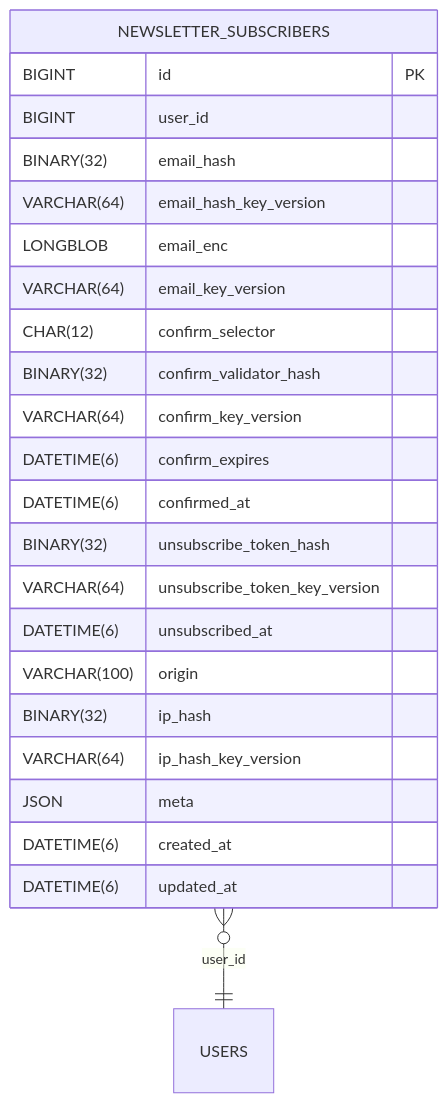
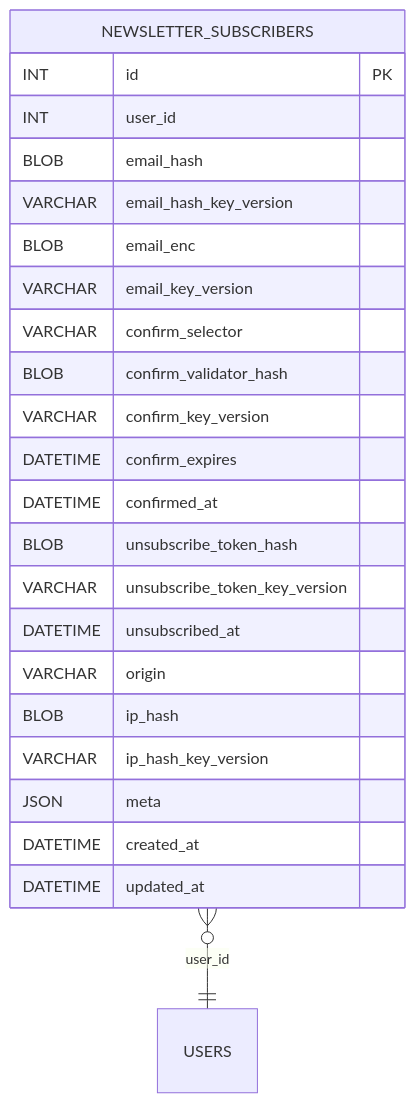
The diagram in README.md (blackcatdatabase/table-newsletter-subscribers), drawn with Mermaid before and after one commit. The commit also changed other lines of this file, not shown here.

Commit message:
chore(schema): add/update generated schema + README (umbrella sync)

````diff
--- a/README.md
+++ b/README.md
@@ -64,26 +64,26 @@
 ```mermaid
 erDiagram
   NEWSLETTER_SUBSCRIBERS {
-    BIGINT id PK
-    BIGINT user_id
-    BINARY(32) email_hash
-    VARCHAR(64) email_hash_key_version
-    LONGBLOB email_enc
-    VARCHAR(64) email_key_version
-    CHAR(12) confirm_selector
-    BINARY(32) confirm_validator_hash
-    VARCHAR(64) confirm_key_version
-    DATETIME(6) confirm_expires
-    DATETIME(6) confirmed_at
-    BINARY(32) unsubscribe_token_hash
-    VARCHAR(64) unsubscribe_token_key_version
-    DATETIME(6) unsubscribed_at
-    VARCHAR(100) origin
-    BINARY(32) ip_hash
-    VARCHAR(64) ip_hash_key_version
+    INT id PK
+    INT user_id
+    BLOB email_hash
+    VARCHAR email_hash_key_version
+    BLOB email_enc
+    VARCHAR email_key_version
+    VARCHAR confirm_selector
+    BLOB confirm_validator_hash
+    VARCHAR confirm_key_version
+    DATETIME confirm_expires
+    DATETIME confirmed_at
+    BLOB unsubscribe_token_hash
+    VARCHAR unsubscribe_token_key_version
+    DATETIME unsubscribed_at
+    VARCHAR origin
+    BLOB ip_hash
+    VARCHAR ip_hash_key_version
     JSON meta
-    DATETIME(6) created_at
-    DATETIME(6) updated_at
+    DATETIME created_at
+    DATETIME updated_at
   }
   NEWSLETTER_SUBSCRIBERS }o--|| USERS : "user_id"
 ```
````
